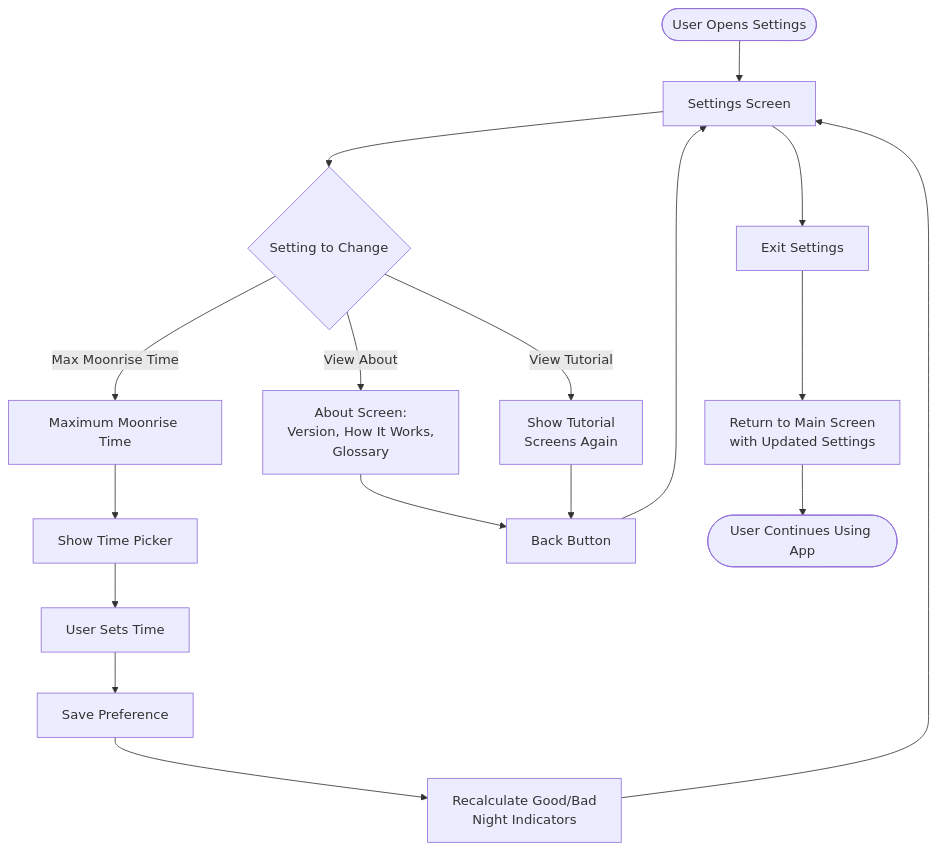
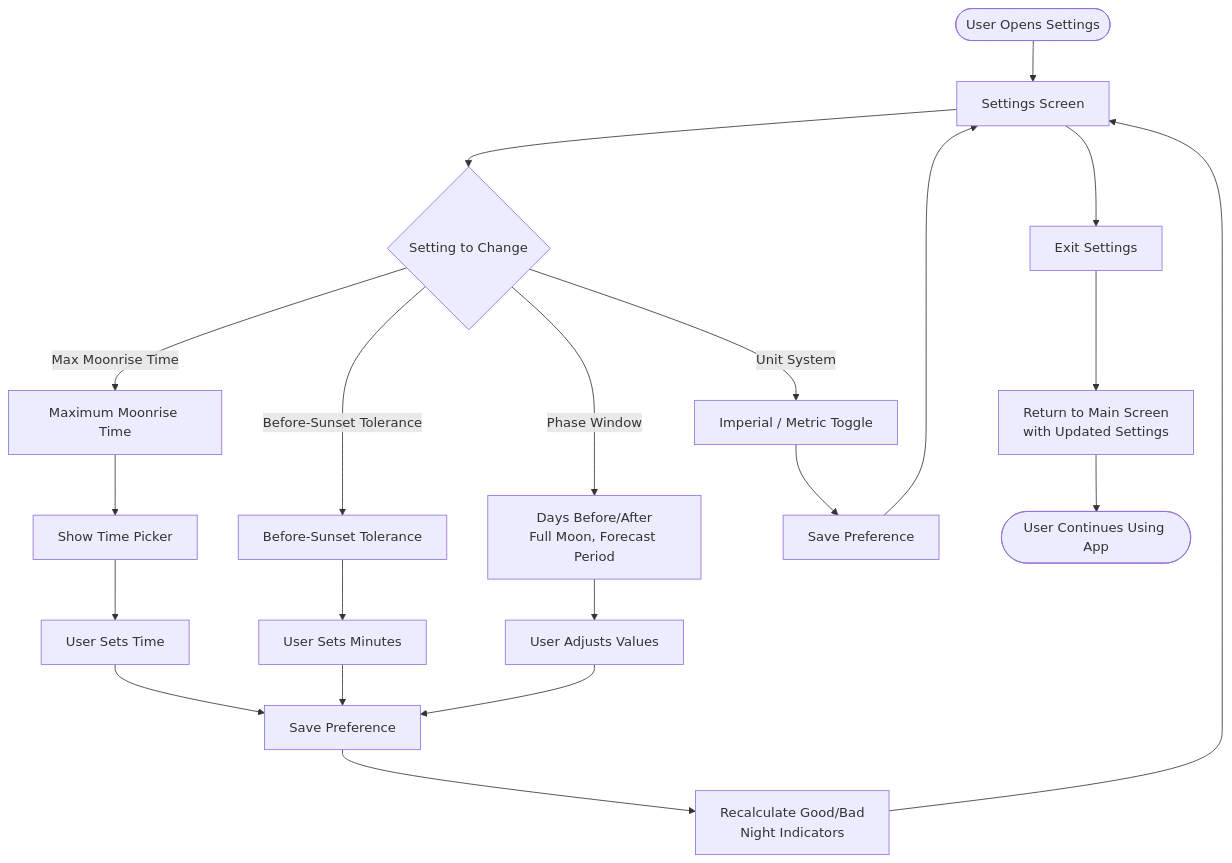
The fourth of 8 diagrams in docs/design/user-flows/User_Flows.md (mkishine/moonrise-watcher-assistant), drawn with Mermaid before and after one commit. The commit also changed other lines of this file and 4 other files, not shown here.

First line of the commit message:
Proofread and synchronize PRD, user stories, and user flows (#2)

````diff
--- a/docs/design/user-flows/User_Flows.md
+++ b/docs/design/user-flows/User_Flows.md
@@ -177,24 +171,29 @@
 ```mermaid
 flowchart TD
     Start(["User Opens Settings"]) --> SettingsScreen["Settings Screen"]
 
     SettingsScreen --> SettingChoice{"Setting to Change"}
 
     SettingChoice -->|Max Moonrise Time| TimeSetting["Maximum Moonrise Time"]
     TimeSetting --> TimePicker["Show Time Picker"]
     TimePicker --> SetTime["User Sets Time"]
-    SetTime --> SaveTime["Save Preference"]
-    SaveTime --> Recalc["Recalculate Good/Bad<br>Night Indicators"]
+    SetTime --> SaveSetting["Save Preference"]
+    SaveSetting --> Recalc["Recalculate Good/Bad<br>Night Indicators"]
     Recalc --> SettingsScreen
 
-    SettingChoice -->|View About| AboutScreen["About Screen:<br>Version, How It Works,<br>Glossary"]
-    AboutScreen --> BackSettings["Back Button"]
-    BackSettings --> SettingsScreen
+    SettingChoice -->|Before-Sunset Tolerance| ToleranceSetting["Before-Sunset Tolerance"]
+    ToleranceSetting --> SetTolerance["User Sets Minutes"]
+    SetTolerance --> SaveSetting
 
-    SettingChoice -->|View Tutorial| TutorialReplay["Show Tutorial<br>Screens Again"]
-    TutorialReplay --> BackSettings
+    SettingChoice -->|Phase Window| PhaseSetting["Days Before/After<br>Full Moon, Forecast Period"]
+    PhaseSetting --> SetPhase["User Adjusts Values"]
+    SetPhase --> SaveSetting
+
+    SettingChoice -->|Unit System| UnitSetting["Imperial / Metric Toggle"]
+    UnitSetting --> SaveUnit["Save Preference"]
+    SaveUnit --> SettingsScreen
 
     SettingsScreen --> Exit["Exit Settings"]
     Exit --> MainScreen["Return to Main Screen<br>with Updated Settings"]
     MainScreen --> End(["User Continues Using App"])
 ```
````
